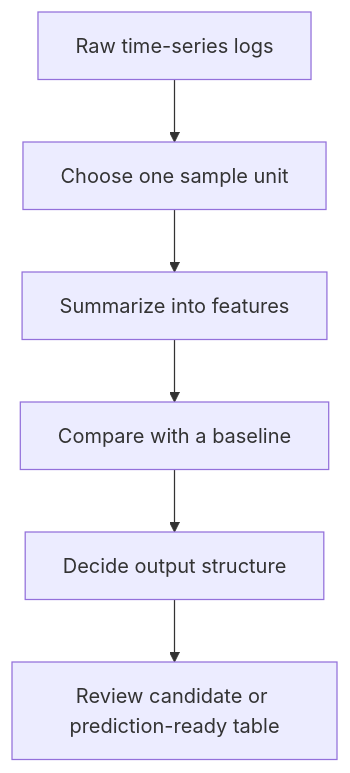
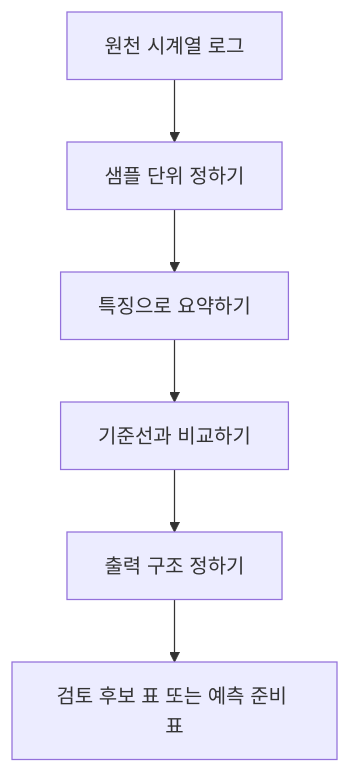
One commit to devchan64/AiBook changed the first of 2 diagrams in docs/parts/part-03/chapter-01/section-01.md. Above: the diagram before and after it, drawn with Mermaid. The commit also changed other lines of this file and 45 other files, not shown here.

Commit message:
docs: localize part 3 mermaid diagrams

````diff
--- a/docs/parts/part-03/chapter-01/section-01.md
+++ b/docs/parts/part-03/chapter-01/section-01.md
@@ -48,8 +48,8 @@
 ```mermaid
 flowchart TD
-  A["Raw time-series logs"] --> B["Choose one sample unit"]
-  B --> C["Summarize into features"]
-  C --> D["Compare with a baseline"]
-  D --> E["Decide output structure"]
-  E --> F["Review candidate or prediction-ready table"]
+  A["원천 시계열 로그"] --> B["샘플 단위 정하기"]
+  B --> C["특징으로 요약하기"]
+  C --> D["기준선과 비교하기"]
+  D --> E["출력 구조 정하기"]
+  E --> F["검토 후보 표 또는 예측 준비 표"]
 ```
````
